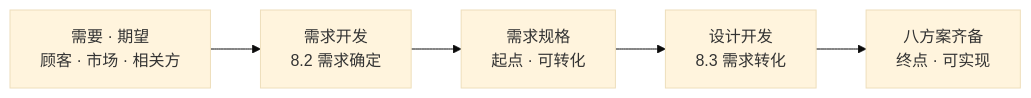
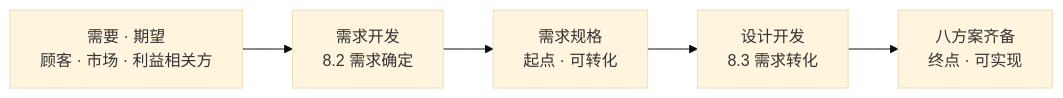
The eighth of 17 diagrams in 100-subprojects/01-系统工程研究/00-系统工程相关研究报告/01-设计开发概念研究报告-从需求到质量基座.md (Yongjunzhou/AOS-system-design), drawn with Mermaid (base theme) before and after one commit. The commit also changed other lines of this file and 35 other files, not shown here.

````diff
--- a/100-subprojects/01-系统工程研究/00-系统工程相关研究报告/01-设计开发概念研究报告-从需求到质量基座.md
+++ b/100-subprojects/01-系统工程研究/00-系统工程相关研究报告/01-设计开发概念研究报告-从需求到质量基座.md
@@ -424,7 +426,7 @@
 ```mermaid
 flowchart LR
-    A["需要 · 期望<br/>顾客 · 市场 · 相关方"] --> B["需求开发<br/>8.2 需求确定"]
+    A["需要 · 期望<br/>顾客 · 市场 · 利益相关方"] --> B["需求开发<br/>8.2 需求确定"]
     B --> C["需求规格<br/>起点 · 可转化"]
     C --> D["设计开发<br/>8.3 需求转化"]
     D --> E["八方案齐备<br/>终点 · 可实现"]
 ```
````
